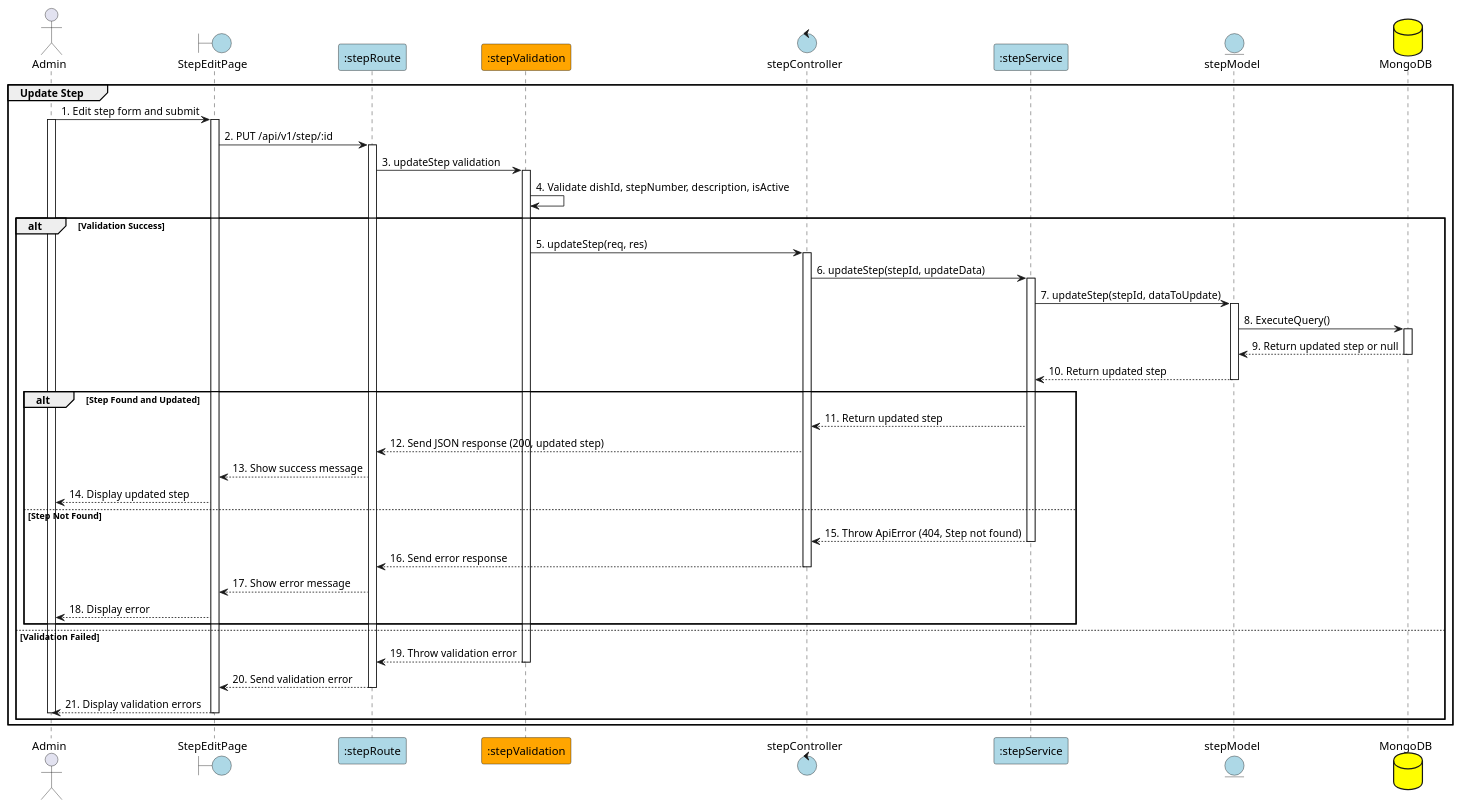
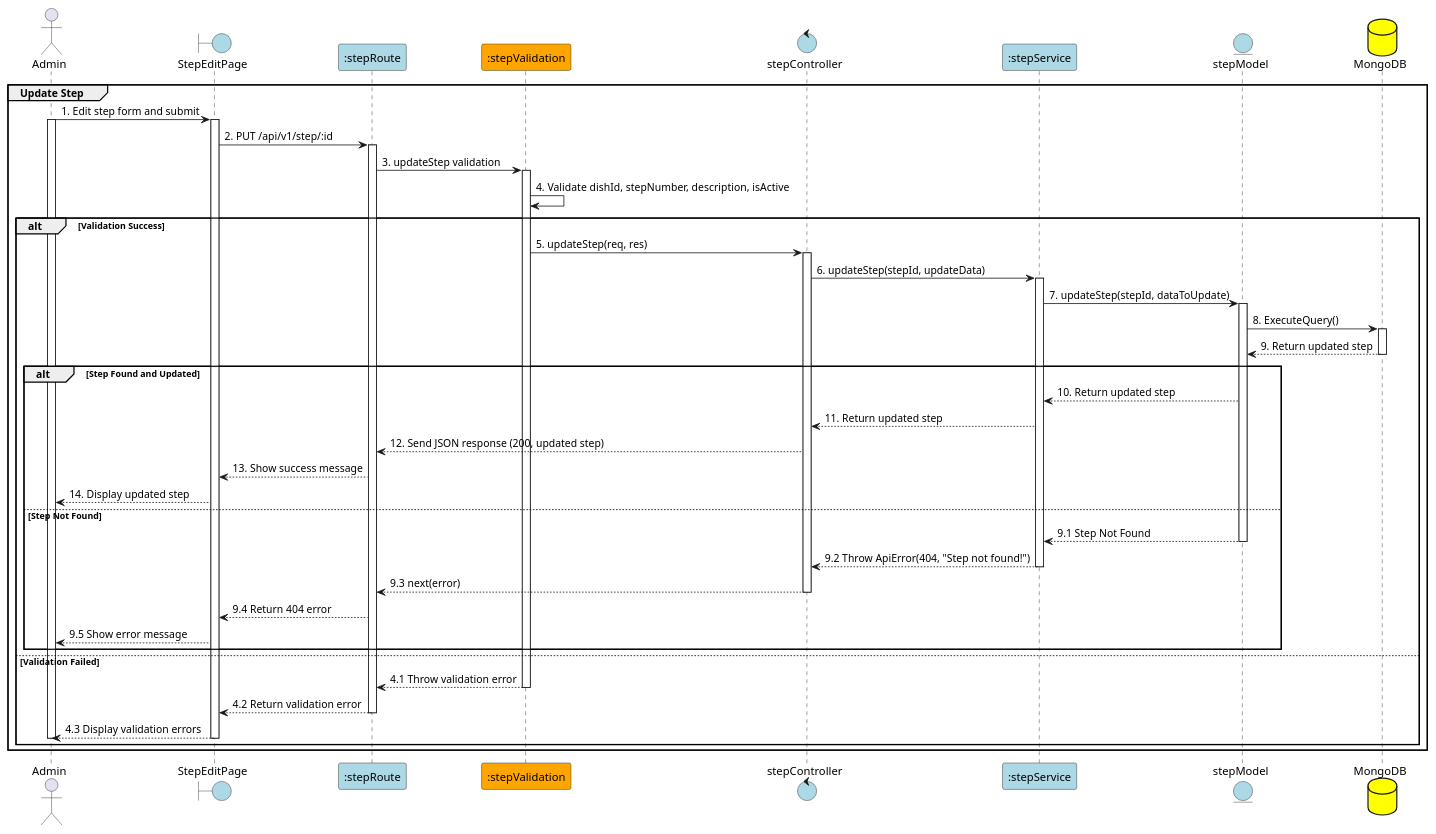
Before and after one commit to Aohkne/CaloCook: the diagram in PlanUML/31_UpdateStep.puml, drawn with PlantUML. The commit also changed 6 other files, not shown here.

```diff
--- a/PlanUML/31_UpdateStep.puml
+++ b/PlanUML/31_UpdateStep.puml
@@ -1,76 +1,82 @@
 @startuml UpdateStep
 
 actor "Admin" as Admin
 boundary "StepEditPage" as View #lightblue
 participant ":stepRoute" as Route #lightblue
 participant ":stepValidation" as Validation #orange
 control "stepController" as Controller #lightblue
 participant ":stepService" as Service #lightblue
 entity "stepModel" as Model #lightblue
 database "MongoDB" as MongoDB #yellow
 
 group Update Step
 Admin -> View: 1. Edit step form and submit
 activate Admin
 activate View
 
 View -> Route: 2. PUT /api/v1/step/:id
 activate Route
 
 Route -> Validation: 3. updateStep validation
 activate Validation
 
 Validation -> Validation: 4. Validate dishId, stepNumber, description, isActive
+
 alt Validation Success
     Validation -> Controller: 5. updateStep(req, res)
     activate Controller
 
     Controller -> Service: 6. updateStep(stepId, updateData)
     activate Service
 
     Service -> Model: 7. updateStep(stepId, dataToUpdate)
     activate Model
 
     Model -> MongoDB: 8. ExecuteQuery()
     activate MongoDB
 
-    MongoDB --> Model: 9. Return updated step or null
+    MongoDB --> Model: 9. Return updated step 
     deactivate MongoDB
 
-    Model --> Service: 10. Return updated step
-    deactivate Model
 
     alt Step Found and Updated
+        Model --> Service: 10. Return updated step
+
         Service --> Controller: 11. Return updated step
 
         Controller --> Route: 12. Send JSON response (200, updated step)
 
         Route --> View: 13. Show success message
 
         View --> Admin: 14. Display updated step
 
     else Step Not Found
-        Service --> Controller: 15. Throw ApiError (404, Step not found)
+        Model --> Service: 9.1 Step Not Found
+        deactivate Model
+
+        Service --> Controller: 9.2 Throw ApiError(404, "Step not found!")
         deactivate Service
 
-        Controller --> Route: 16. Send error response
+        Controller --> Route: 9.3 next(error)
         deactivate Controller
 
-        Route --> View: 17. Show error message
-        View --> Admin: 18. Display error
+        Route --> View: 9.4 Return 404 error
+
+        View --> Admin: 9.5 Show error message
     end
 
 else Validation Failed
-    Validation --> Route: 19. Throw validation error
+    Validation --> Route: 4.1 Throw validation error
     deactivate Validation
 
-    Route --> View: 20. Send validation error
+    Route --> View: 4.2 Return validation error
     deactivate Route
 
-    View --> Admin: 21. Display validation errors
+    View --> Admin: 4.3 Display validation errors
     deactivate View
     deactivate Admin
 end
+
 end
 
 @enduml
```
